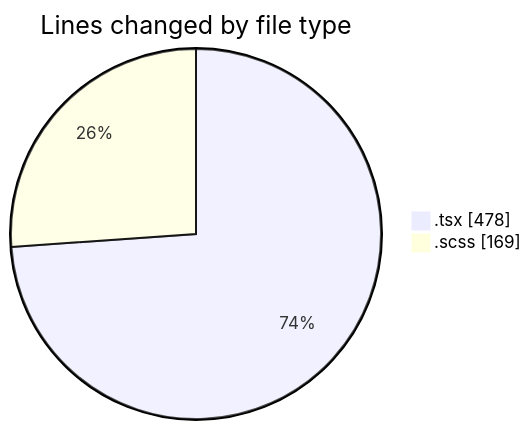
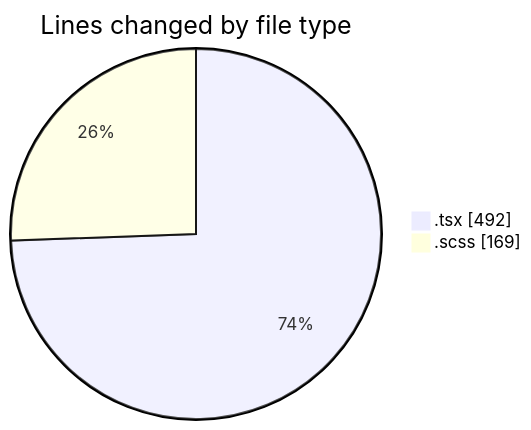
One commit to momahboobian/code-tracking changed the first of 2 diagrams in 2026-04-16/cda/README.md. Above: the diagram before and after it, drawn with Mermaid. The commit also changed other lines of this file and 1 other file, not shown here.

````diff
--- a/2026-04-16/cda/README.md
+++ b/2026-04-16/cda/README.md
@@ -23,6 +23,6 @@
 ```mermaid
 pie showData
 title Lines changed by file type
-".tsx" : 478
+".tsx" : 492
 ".scss" : 169
 ```
````
